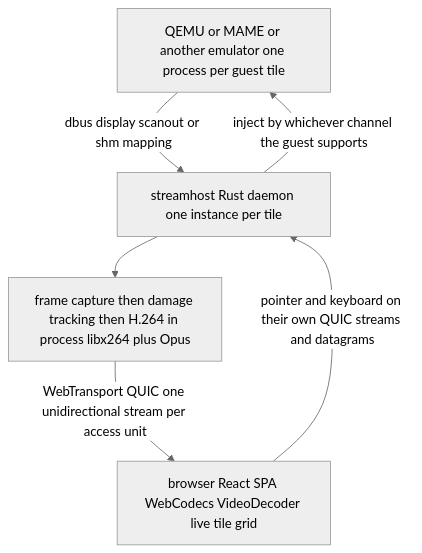
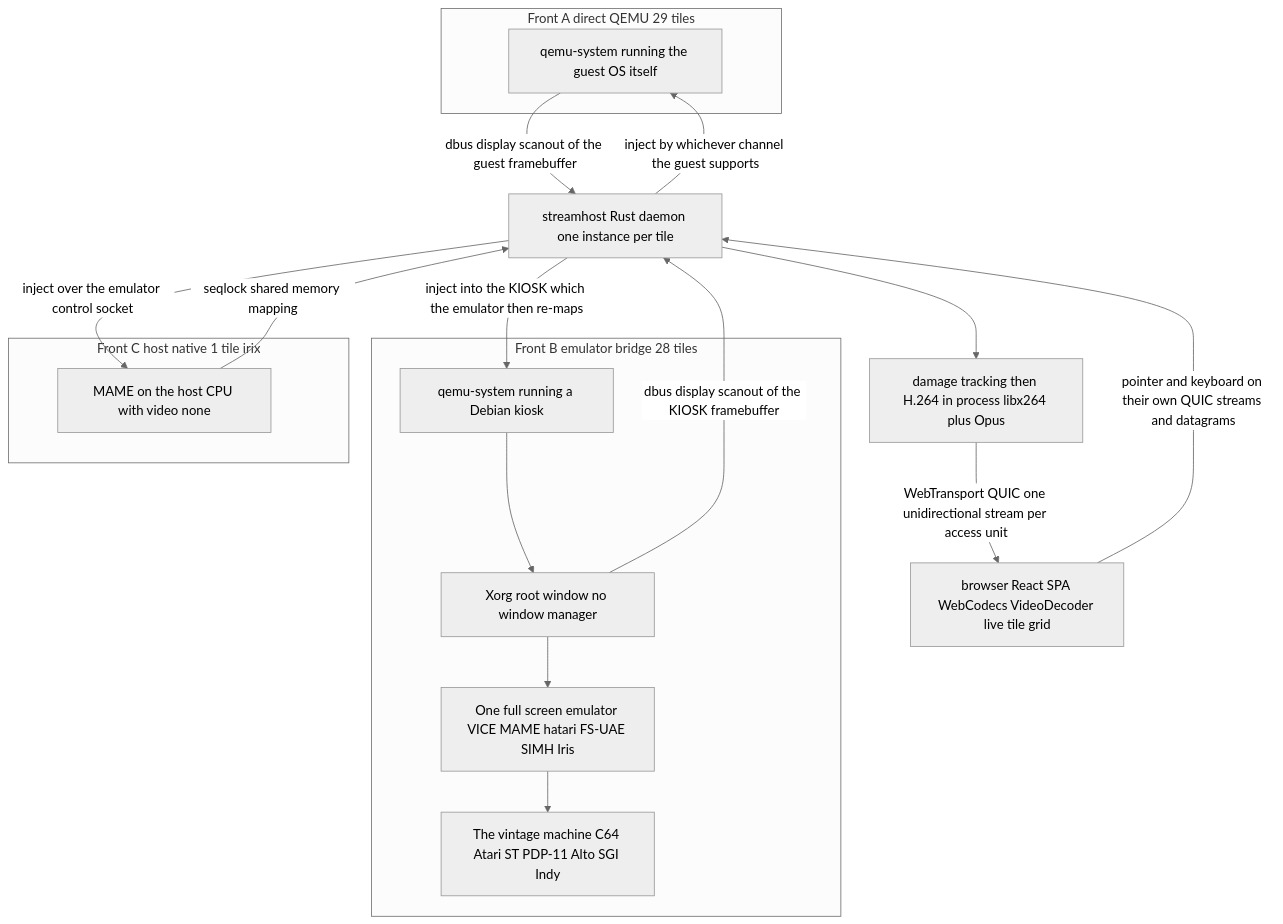
The diagram in docs/ARCHITECTURE.md (Wnt/kernel-hive), drawn with Mermaid (neutral theme) before and after one commit. The commit also changed other lines of this file, not shown here.

````diff
--- a/docs/ARCHITECTURE.md
+++ b/docs/ARCHITECTURE.md
@@ -10,11 +14,29 @@
 ```mermaid
 flowchart TD
-  G[QEMU or MAME or another emulator one process per guest tile]
-  G -->|dbus display scanout or shm mapping| S
+  subgraph F1[Front A direct QEMU 29 tiles]
+    A1[qemu-system running the guest OS itself]
+  end
+
+  subgraph F2[Front B emulator bridge 28 tiles]
+    B1[qemu-system running a Debian kiosk] --> B2[Xorg root window no window manager]
+    B2 --> B3[One full screen emulator VICE MAME hatari FS-UAE SIMH Iris]
+    B3 --> B4[The vintage machine C64 Atari ST PDP-11 Alto SGI Indy]
+  end
+
+  subgraph F3[Front C host native 1 tile irix]
+    C1[MAME on the host CPU with video none]
+  end
+
+  A1 -->|dbus display scanout of the guest framebuffer| S
+  B2 -->|dbus display scanout of the KIOSK framebuffer| S
+  C1 -->|seqlock shared memory mapping| S
+
   S[streamhost Rust daemon one instance per tile]
-  S --> C[frame capture then damage tracking then H.264 in process libx264 plus Opus]
-  C -->|WebTransport QUIC one unidirectional stream per access unit| B
-  B[browser React SPA WebCodecs VideoDecoder live tile grid]
-  B -->|pointer and keyboard on their own QUIC streams and datagrams| S
-  S -->|inject by whichever channel the guest supports| G
+  S --> C[damage tracking then H.264 in process libx264 plus Opus]
+  C -->|WebTransport QUIC one unidirectional stream per access unit| BR
+  BR[browser React SPA WebCodecs VideoDecoder live tile grid]
+  BR -->|pointer and keyboard on their own QUIC streams and datagrams| S
+  S -->|inject by whichever channel the guest supports| A1
+  S -->|inject into the KIOSK which the emulator then re-maps| B1
+  S -->|inject over the emulator control socket| C1
 ```
````
